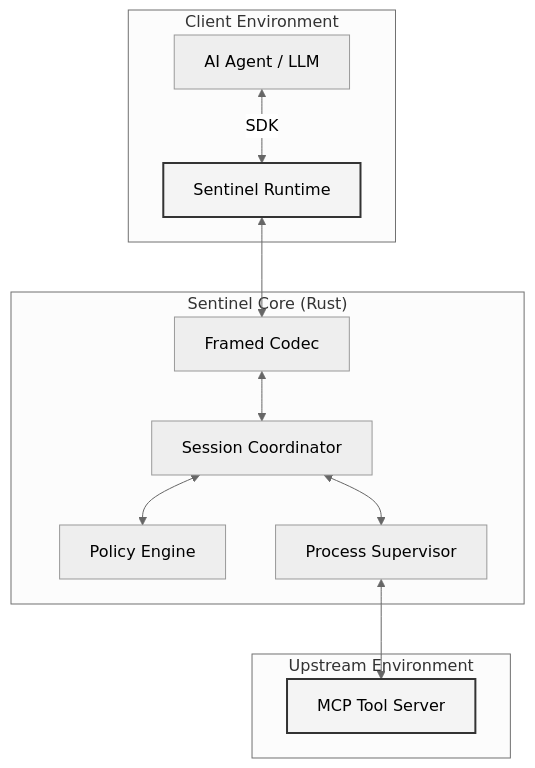
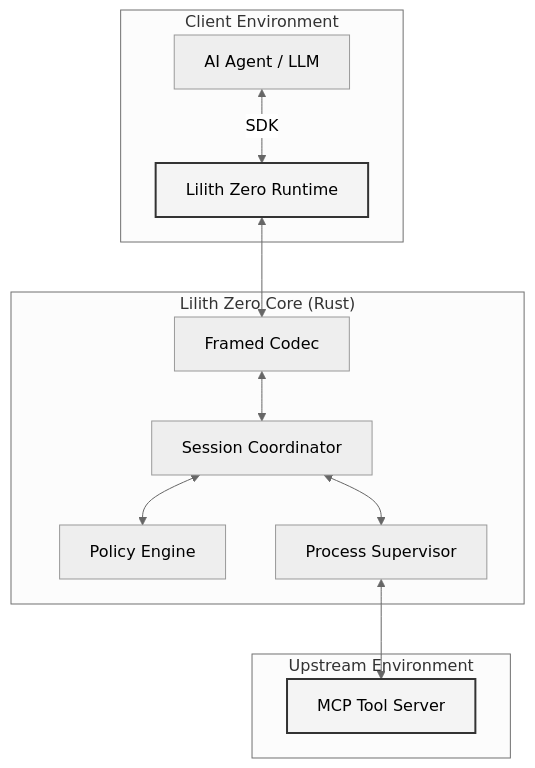
One commit to BadC-mpany/lilith-zero changed the diagram in README.md. Above: the diagram before and after it, drawn with Mermaid (neutral theme). The commit also changed other lines of this file and 120 other files, not shown here.

````diff
--- a/README.md
+++ b/README.md
@@ -43,20 +43,20 @@
 ```mermaid
 graph TD
     subgraph "Client Environment"
-        A[AI Agent / LLM] <-->|SDK| B[Sentinel Runtime]
+        A[AI Agent / LLM] <-->|SDK| B[Lilith Zero Runtime]
     end
 
-    subgraph "Sentinel Core (Rust)"
+    subgraph "Lilith Zero Core (Rust)"
         B <--> Codec[Framed Codec]
         Codec <--> Coordinator[Session Coordinator]
         Coordinator <--> Policy[Policy Engine]
         Coordinator <--> Supervisor[Process Supervisor]
     end
 
     subgraph "Upstream Environment"
         Supervisor <--> Tool[MCP Tool Server]
     end
 
     style B fill:#f4f4f4,stroke:#333,stroke-width:2px
     style Tool fill:#f4f4f4,stroke:#333,stroke-width:2px
 ```
````
